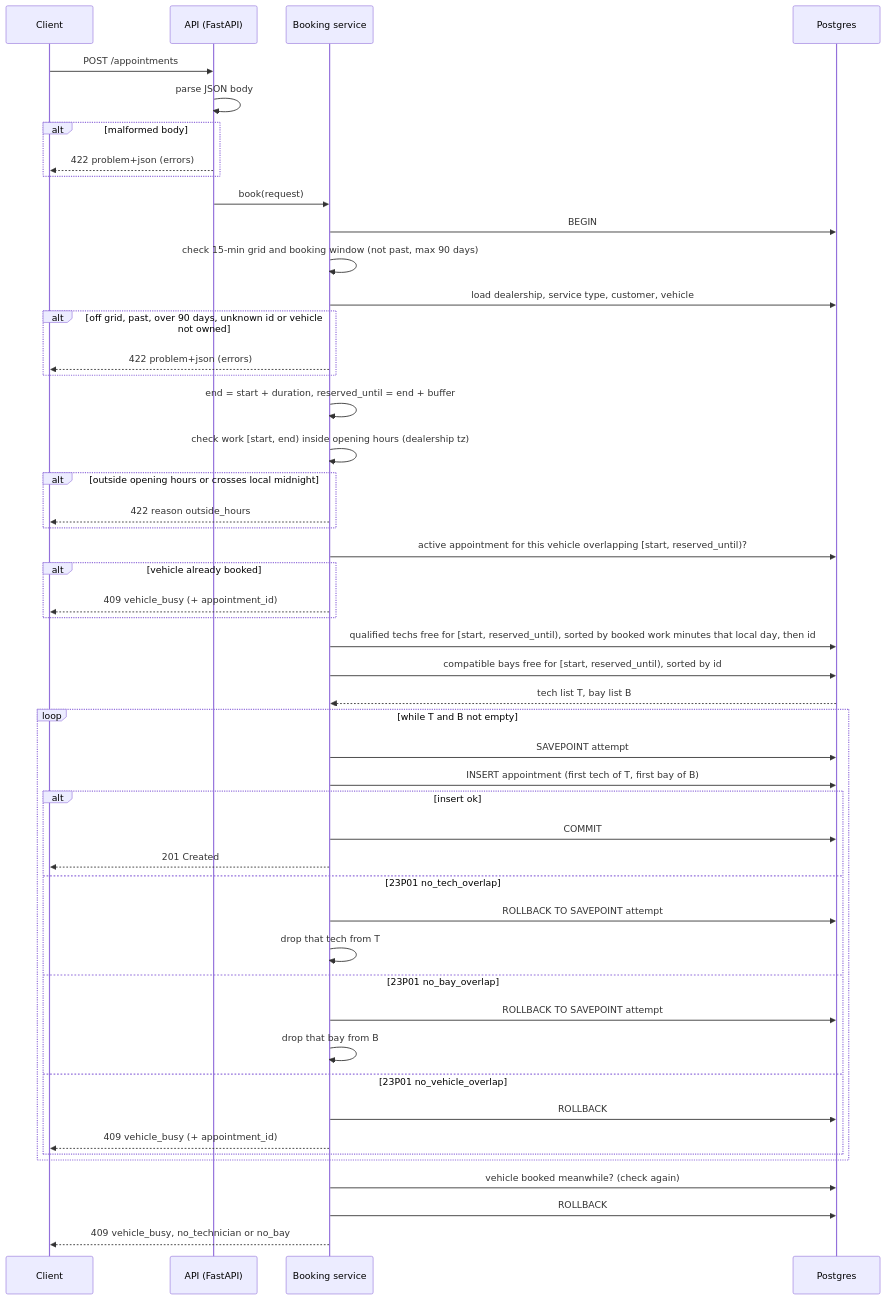
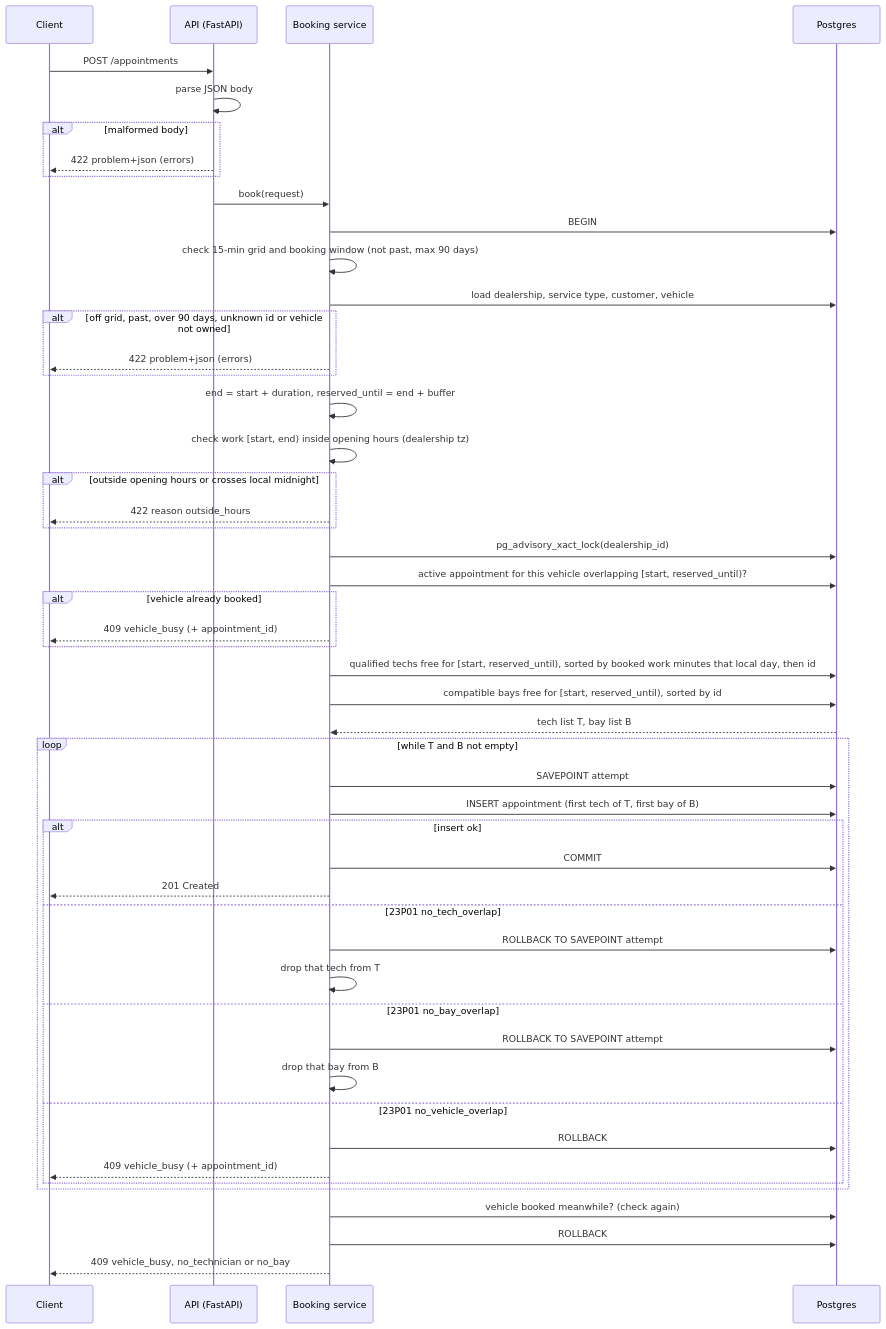
Before and after one commit to chezzijr/keyloop-service-scheduler: the third of 3 diagrams in docs/design.md, drawn with Mermaid. The commit also changed other lines of this file and 6 other files, not shown here.

Commit message:
fix: lock per dealership to stop booking deadlocks

````diff
--- a/docs/design.md
+++ b/docs/design.md
@@ -160,52 +161,53 @@
 ```mermaid
 sequenceDiagram
     participant C as Client
     participant A as API (FastAPI)
     participant S as Booking service
     participant P as Postgres
 
     C->>A: POST /appointments
     A->>A: parse JSON body
     alt malformed body
         A-->>C: 422 problem+json (errors)
     end
     A->>S: book(request)
     S->>P: BEGIN
     S->>S: check 15-min grid and booking window (not past, max 90 days)
     S->>P: load dealership, service type, customer, vehicle
     alt off grid, past, over 90 days, unknown id or vehicle not owned
         S-->>C: 422 problem+json (errors)
     end
     S->>S: end = start + duration, reserved_until = end + buffer
     S->>S: check work [start, end) inside opening hours (dealership tz)
     alt outside opening hours or crosses local midnight
         S-->>C: 422 reason outside_hours
     end
+    S->>P: pg_advisory_xact_lock(dealership_id)
     S->>P: active appointment for this vehicle overlapping [start, reserved_until)?
     alt vehicle already booked
         S-->>C: 409 vehicle_busy (+ appointment_id)
     end
     S->>P: qualified techs free for [start, reserved_until), sorted by booked work minutes that local day, then id
     S->>P: compatible bays free for [start, reserved_until), sorted by id
     P-->>S: tech list T, bay list B
     loop while T and B not empty
         S->>P: SAVEPOINT attempt
         S->>P: INSERT appointment (first tech of T, first bay of B)
         alt insert ok
             S->>P: COMMIT
             S-->>C: 201 Created
         else 23P01 no_tech_overlap
             S->>P: ROLLBACK TO SAVEPOINT attempt
             S->>S: drop that tech from T
         else 23P01 no_bay_overlap
             S->>P: ROLLBACK TO SAVEPOINT attempt
             S->>S: drop that bay from B
         else 23P01 no_vehicle_overlap
             S->>P: ROLLBACK
             S-->>C: 409 vehicle_busy (+ appointment_id)
         end
     end
     S->>P: vehicle booked meanwhile? (check again)
     S->>P: ROLLBACK
     S-->>C: 409 vehicle_busy, no_technician or no_bay
 ```
````
